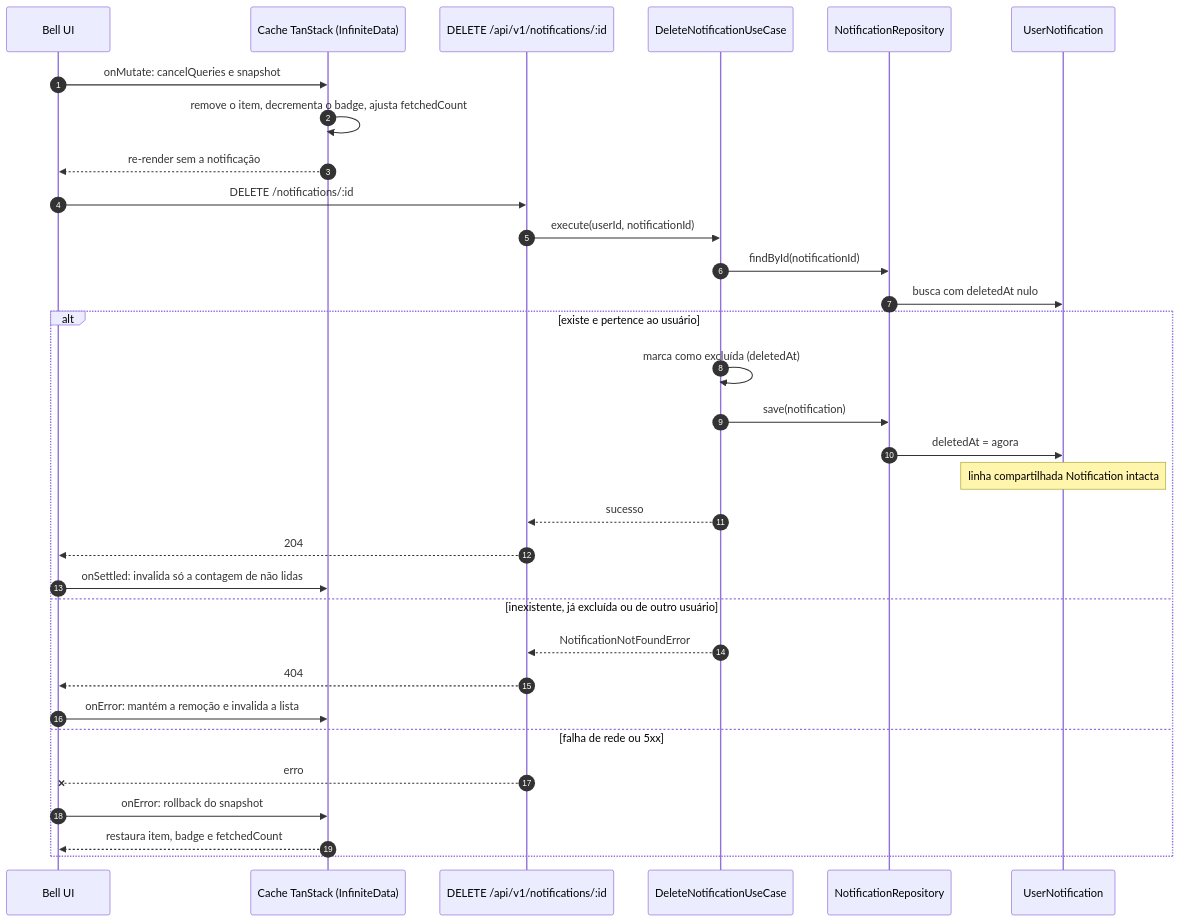
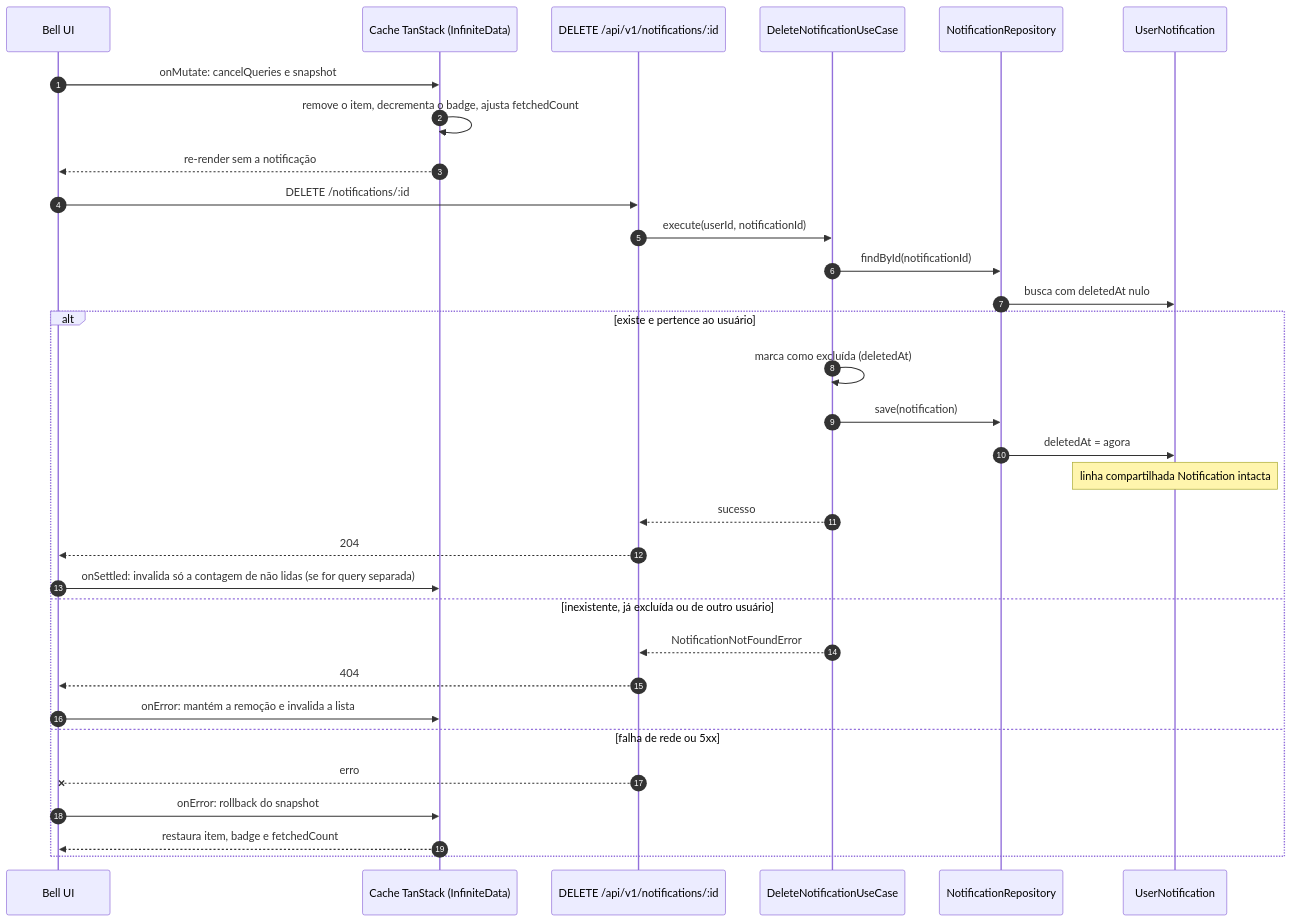
Before and after one commit to Cahmoraes/clean-arch-solid-ddd: the diagram in docs/superpowers/notification-delete/specs/diagrams/notification-delete-design_01_sequence_delete_notification.mmd, drawn with Mermaid. The commit also changed 1 other file, not shown here.

Commit message:
docs(notification-delete): ajusta invalidacao da contagem no design
Claude-Session: https://claude.ai/code/session_01PgFG13SHLTeWfds7Pinf2j

```diff
--- a/docs/superpowers/notification-delete/specs/diagrams/notification-delete-design_01_sequence_delete_notification.mmd
+++ b/docs/superpowers/notification-delete/specs/diagrams/notification-delete-design_01_sequence_delete_notification.mmd
@@ -1,33 +1,33 @@
 sequenceDiagram
     autonumber
     participant Bell as Bell UI
     participant Cache as Cache TanStack (InfiniteData)
     participant API as DELETE /api/v1/notifications/:id
     participant UC as DeleteNotificationUseCase
     participant Repo as NotificationRepository
     participant UN as UserNotification
 
     Bell->>Cache: onMutate: cancelQueries e snapshot
     Cache->>Cache: remove o item, decrementa o badge, ajusta fetchedCount
     Cache-->>Bell: re-render sem a notificação
     Bell->>API: DELETE /notifications/:id
     API->>UC: execute(userId, notificationId)
     UC->>Repo: findById(notificationId)
     Repo->>UN: busca com deletedAt nulo
     alt existe e pertence ao usuário
         UC->>UC: marca como excluída (deletedAt)
         UC->>Repo: save(notification)
         Repo->>UN: deletedAt = agora
         Note over UN: linha compartilhada Notification intacta
         UC-->>API: sucesso
         API-->>Bell: 204
-        Bell->>Cache: onSettled: invalida só a contagem de não lidas
+        Bell->>Cache: onSettled: invalida só a contagem de não lidas (se for query separada)
     else inexistente, já excluída ou de outro usuário
         UC-->>API: NotificationNotFoundError
         API-->>Bell: 404
         Bell->>Cache: onError: mantém a remoção e invalida a lista
     else falha de rede ou 5xx
         API--xBell: erro
         Bell->>Cache: onError: rollback do snapshot
         Cache-->>Bell: restaura item, badge e fetchedCount
     end
```
